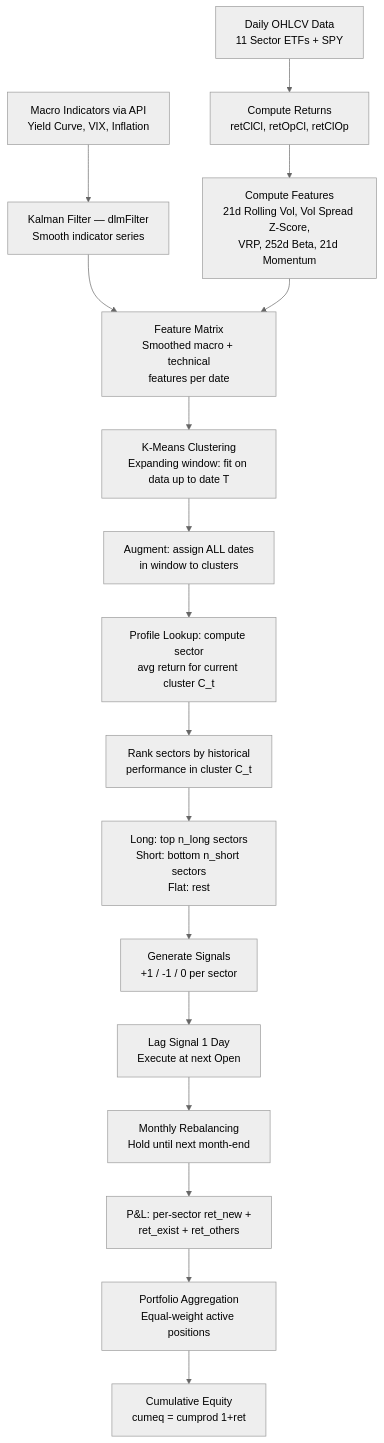
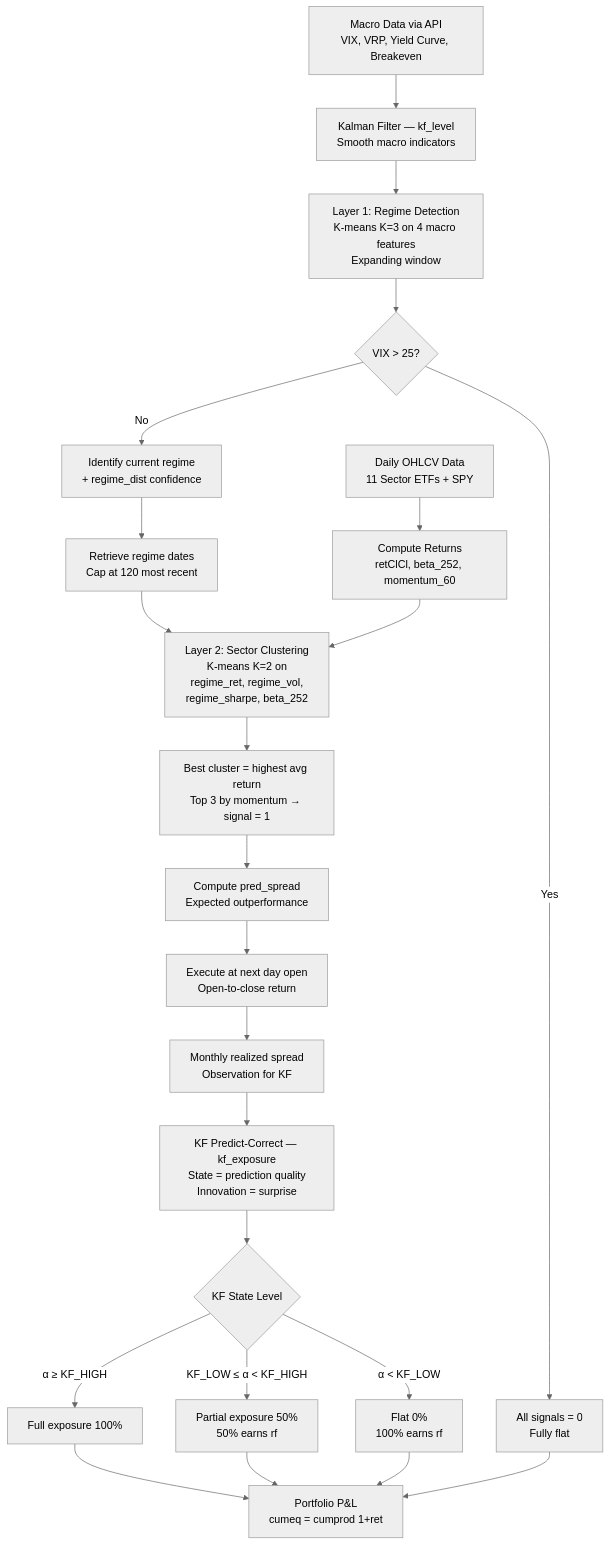
Before and after one commit to BaoTNguyen/quant-trading: the diagram in context.md, drawn with Mermaid (neutral theme). The commit also changed other lines of this file and 2 other files, not shown here.

````diff
--- a/context.md
+++ b/context.md
@@ -552,19 +426,25 @@
 ```mermaid
 flowchart TD
-    A[Daily OHLCV Data<br/>11 Sector ETFs + SPY] --> B[Compute Returns<br/>retClCl, retOpCl, retClOp]
-    C[Macro Indicators via API<br/>Yield Curve, VIX, Inflation] --> D[Kalman Filter — dlmFilter<br/>Smooth indicator series]
-    B --> E[Compute Features<br/>21d Rolling Vol, Vol Spread Z-Score,<br/>VRP, 252d Beta, 21d Momentum]
-    D --> F[Feature Matrix<br/>Smoothed macro + technical<br/>features per date]
-    E --> F
-    F --> G[K-Means Clustering<br/>Expanding window: fit on data up to date T]
-    G --> H[Augment: assign ALL dates<br/>in window to clusters]
-    H --> I[Profile Lookup: compute sector<br/>avg return for current cluster C_t]
-    I --> J[Rank sectors by historical<br/>performance in cluster C_t]
-    J --> K[Long: top n_long sectors<br/>Short: bottom n_short sectors<br/>Flat: rest]
-    K --> L[Generate Signals<br/>+1 / -1 / 0 per sector]
-    L --> M[Lag Signal 1 Day<br/>Execute at next Open]
-    M --> N[Monthly Rebalancing<br/>Hold until next month-end]
-    N --> O[P&L: per-sector ret_new +<br/>ret_exist + ret_others]
-    O --> P[Portfolio Aggregation<br/>Equal-weight active positions]
-    P --> Q[Cumulative Equity<br/>cumeq = cumprod 1+ret]
+    A[Daily OHLCV Data<br/>11 Sector ETFs + SPY] --> B[Compute Returns<br/>retClCl, beta_252, momentum_60]
+    C[Macro Data via API<br/>VIX, VRP, Yield Curve, Breakeven] --> D[Kalman Filter — kf_level<br/>Smooth macro indicators]
+    D --> E[Layer 1: Regime Detection<br/>K-means K=3 on 4 macro features<br/>Expanding window]
+    E --> F{VIX > 25?}
+    F -->|Yes| G[All signals = 0<br/>Fully flat]
+    F -->|No| H[Identify current regime<br/>+ regime_dist confidence]
+    H --> I[Retrieve regime dates<br/>Cap at 120 most recent]
+    I --> J[Layer 2: Sector Clustering<br/>K-means K=2 on<br/>regime_ret, regime_vol,<br/>regime_sharpe, beta_252]
+    B --> J
+    J --> K[Best cluster = highest avg return<br/>Top 3 by momentum → signal = 1]
+    K --> L[Compute pred_spread<br/>Expected outperformance]
+    L --> M[Execute at next day open<br/>Open-to-close return]
+    M --> N[Monthly realized spread<br/>Observation for KF]
+    N --> O[KF Predict-Correct — kf_exposure<br/>State = prediction quality<br/>Innovation = surprise]
+    O --> P{KF State Level}
+    P -->|α ≥ KF_HIGH| Q[Full exposure 100%]
+    P -->|KF_LOW ≤ α < KF_HIGH| R[Partial exposure 50%<br/>50% earns rf]
+    P -->|α < KF_LOW| S[Flat 0%<br/>100% earns rf]
+    Q --> T[Portfolio P&L<br/>cumeq = cumprod 1+ret]
+    R --> T
+    S --> T
+    G --> T
 ```
````
